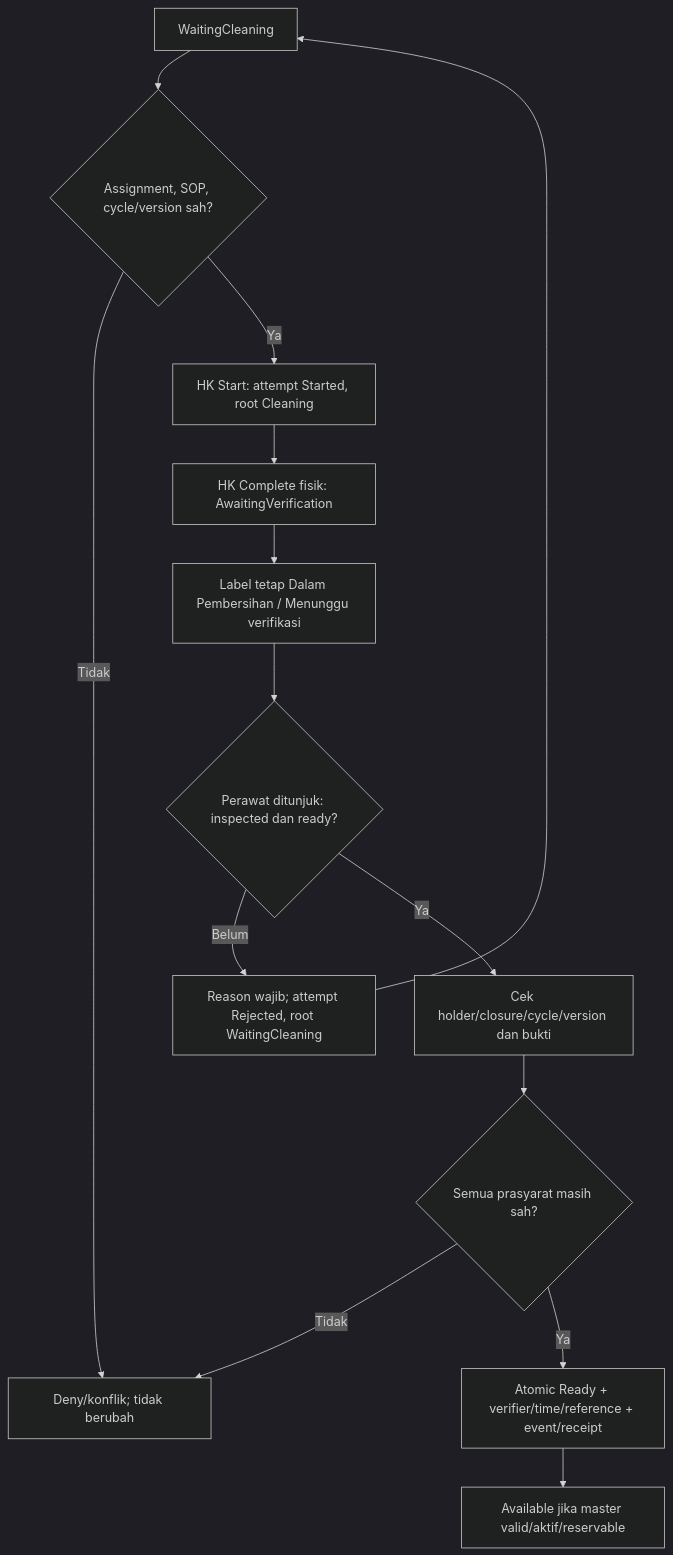
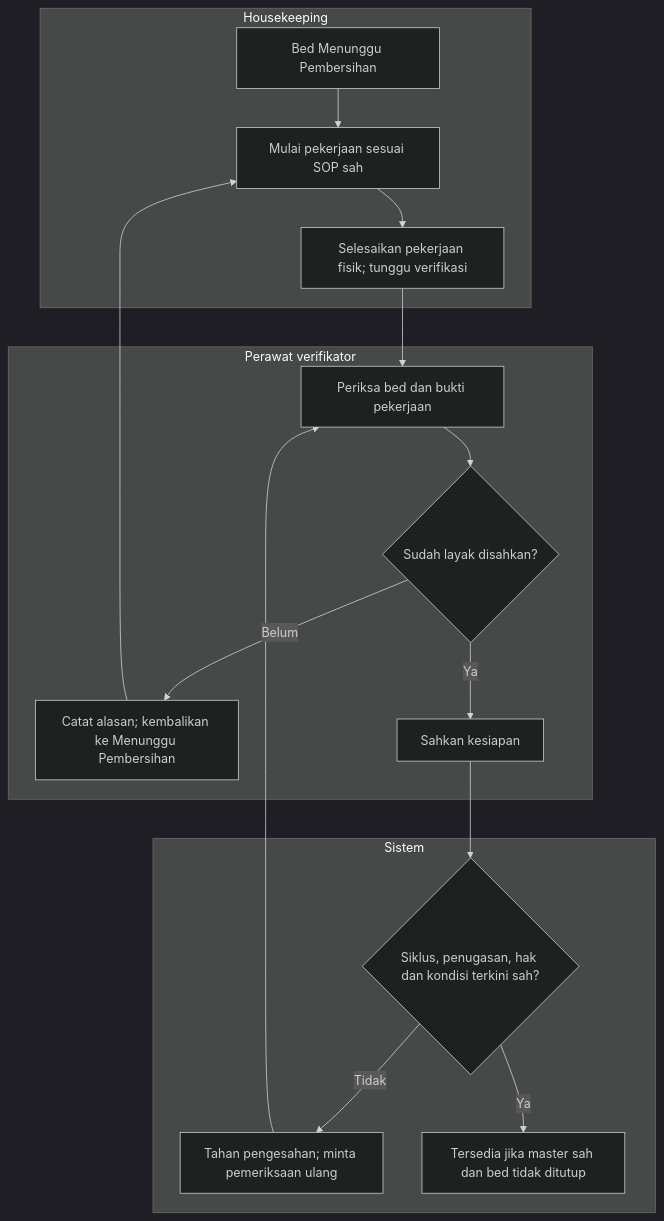
The diagram in docs/module-blueprints/rawat-inap/episode-rawat-inap/flowcharts/11-bed-cleaning-readiness.md (DevBenari/NewQuilvianSystemBackend), drawn with Mermaid (dark theme) before and after one commit. The commit also changed other lines of this file and 19 other files, not shown here.

````diff
--- a/docs/module-blueprints/rawat-inap/episode-rawat-inap/flowcharts/11-bed-cleaning-readiness.md
+++ b/docs/module-blueprints/rawat-inap/episode-rawat-inap/flowcharts/11-bed-cleaning-readiness.md
@@ -7,16 +7,20 @@
 ```mermaid
 flowchart TD
- A["WaitingCleaning"] --> B{"Assignment, SOP, cycle/version sah?"}
- B -- Tidak --> C["Deny/konflik; tidak berubah"]
- B -- Ya --> D["HK Start: attempt Started, root Cleaning"]
- D --> E["HK Complete fisik: AwaitingVerification"]
- E --> F["Label tetap Dalam Pembersihan / Menunggu verifikasi"]
- F --> G{"Perawat ditunjuk: inspected dan ready?"}
- G -- Belum --> H["Reason wajib; attempt Rejected, root WaitingCleaning"]
- H --> A
- G -- Ya --> I["Cek holder/closure/cycle/version dan bukti"]
- I --> J{"Semua prasyarat masih sah?"}
- J -- Tidak --> C
- J -- Ya --> K["Atomic Ready + verifier/time/reference + event/receipt"]
- K --> L["Available jika master valid/aktif/reservable"]
+ subgraph hk[Housekeeping]
+  A["Bed Menunggu Pembersihan"] --> B["Mulai pekerjaan sesuai SOP sah"]
+  B --> C["Selesaikan pekerjaan fisik; tunggu verifikasi"]
+ end
+ subgraph perawat[Perawat verifikator]
+  C --> D["Periksa bed dan bukti pekerjaan"]
+  D --> E{"Sudah layak disahkan?"}
+  E -- Belum --> F["Catat alasan; kembalikan ke Menunggu Pembersihan"]
+  E -- Ya --> G["Sahkan kesiapan"]
+ end
+ subgraph sistem[Sistem]
+  G --> H{"Siklus, penugasan, hak dan kondisi terkini sah?"}
+  H -- Tidak --> I["Tahan pengesahan; minta pemeriksaan ulang"]
+  H -- Ya --> J["Tersedia jika master sah dan bed tidak ditutup"]
+ end
+ F --> B
+ I --> D
 ```
````
